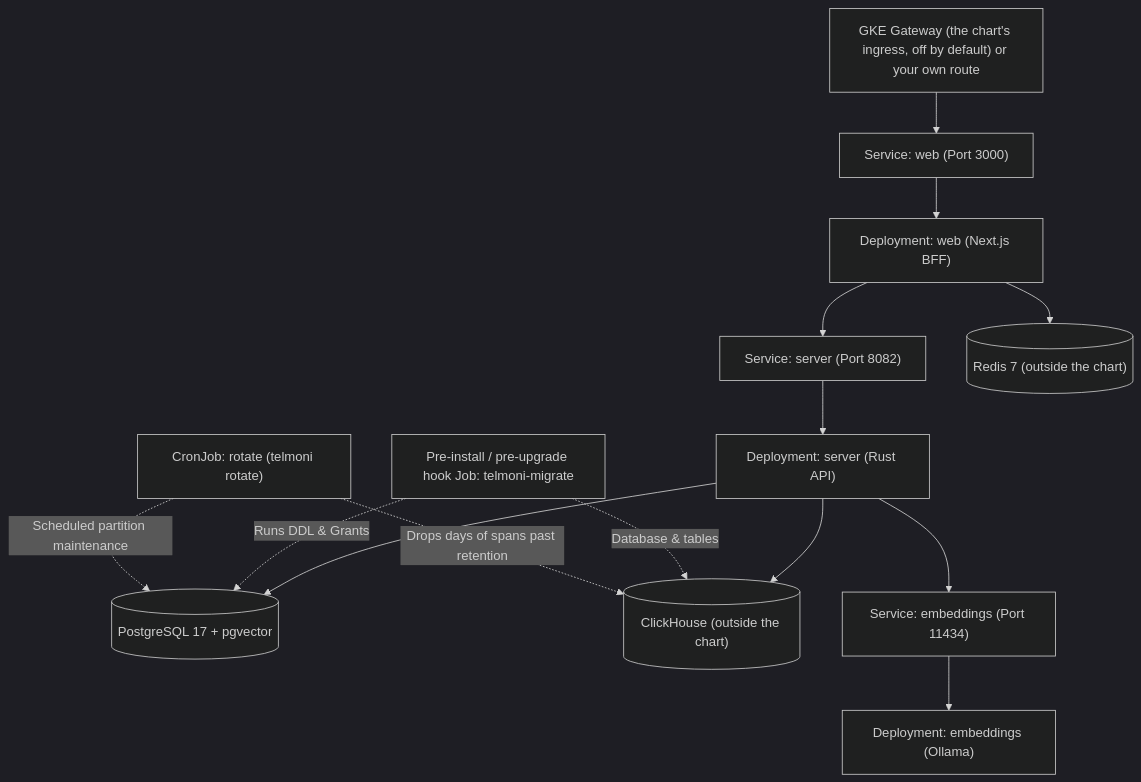
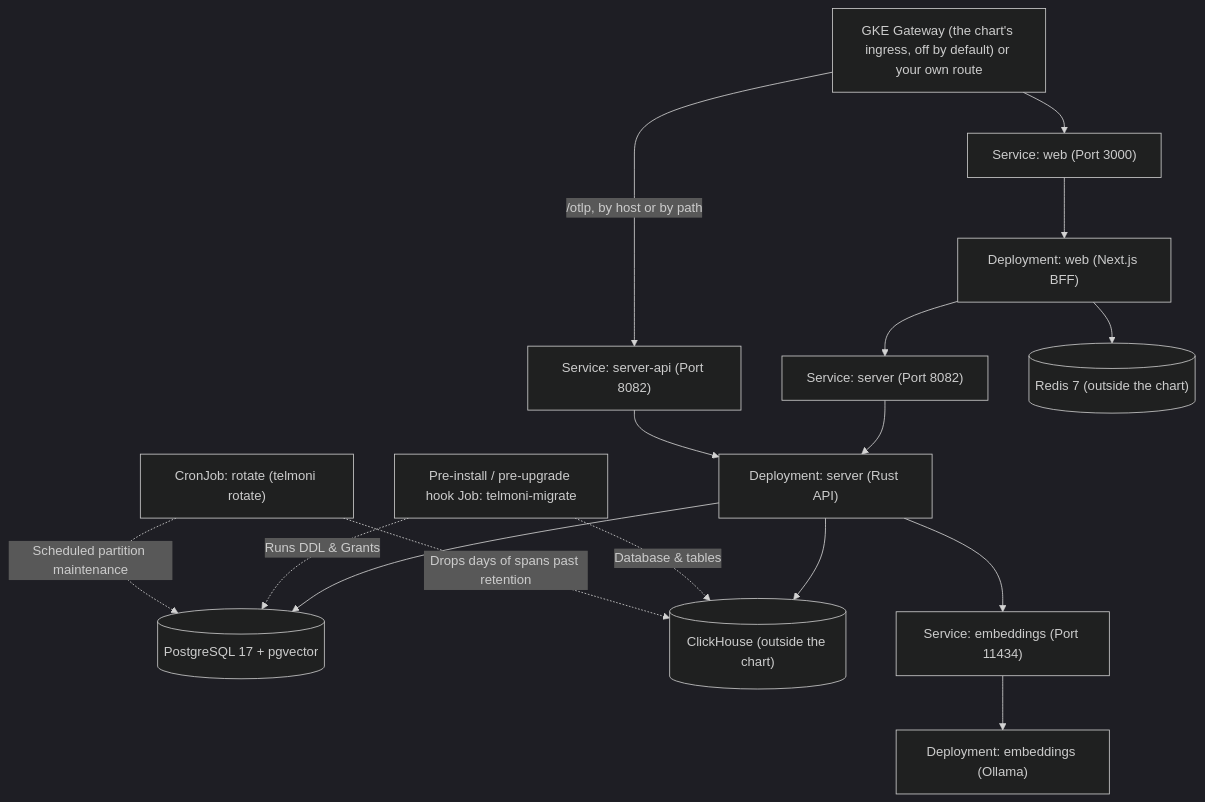
Before and after one commit to telmoni/telmoni: the diagram in web/content/docs/self-host/kubernetes.mdx, drawn with Mermaid (dark theme). The commit also changed other lines of this file and 40 other files, not shown here.

First line of the commit message:
feat: one door for machines, the lanes served by the server on the machine host

````diff
--- a/web/content/docs/self-host/kubernetes.mdx
+++ b/web/content/docs/self-host/kubernetes.mdx
@@ -10,20 +10,22 @@
 ```mermaid
 flowchart TD
     Ingress["GKE Gateway (the chart's ingress, off by default) or your own route"] --> WebSvc["Service: web (Port 3000)"]
+    Ingress -->|"/otlp, by host or by path"| ApiSvc["Service: server-api (Port 8082)"]
     WebSvc --> WebPods["Deployment: web (Next.js BFF)"]
 
     WebPods --> ServerSvc["Service: server (Port 8082)"]
     ServerSvc --> ServerPods["Deployment: server (Rust API)"]
+    ApiSvc --> ServerPods
 
     WebPods --> Redis[("Redis 7 (outside the chart)")]
 
     ServerPods --> Postgres[("PostgreSQL 17 + pgvector")]
     ServerPods --> ClickHouse[("ClickHouse (outside the chart)")]
     ServerPods --> EmbeddingsSvc["Service: embeddings (Port 11434)"]
     EmbeddingsSvc --> EmbeddingsPod["Deployment: embeddings (Ollama)"]
 
     HookJob["Pre-install / pre-upgrade hook Job: telmoni-migrate"] -.->|Runs DDL & Grants| Postgres
     HookJob -.->|Database & tables| ClickHouse
     RotateCron["CronJob: rotate (telmoni rotate)"] -.->|Scheduled partition maintenance| Postgres
     RotateCron -.->|Drops days of spans past retention| ClickHouse
 ```
````
